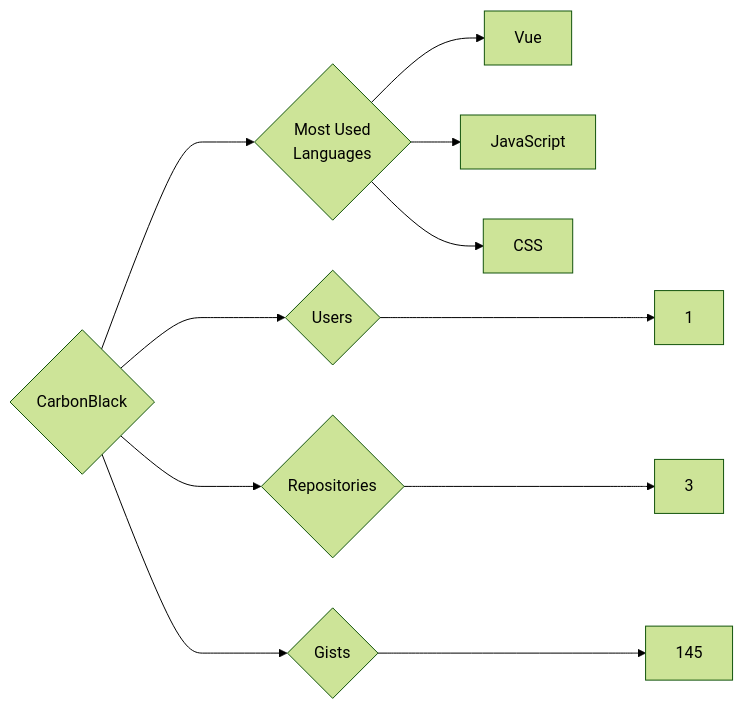
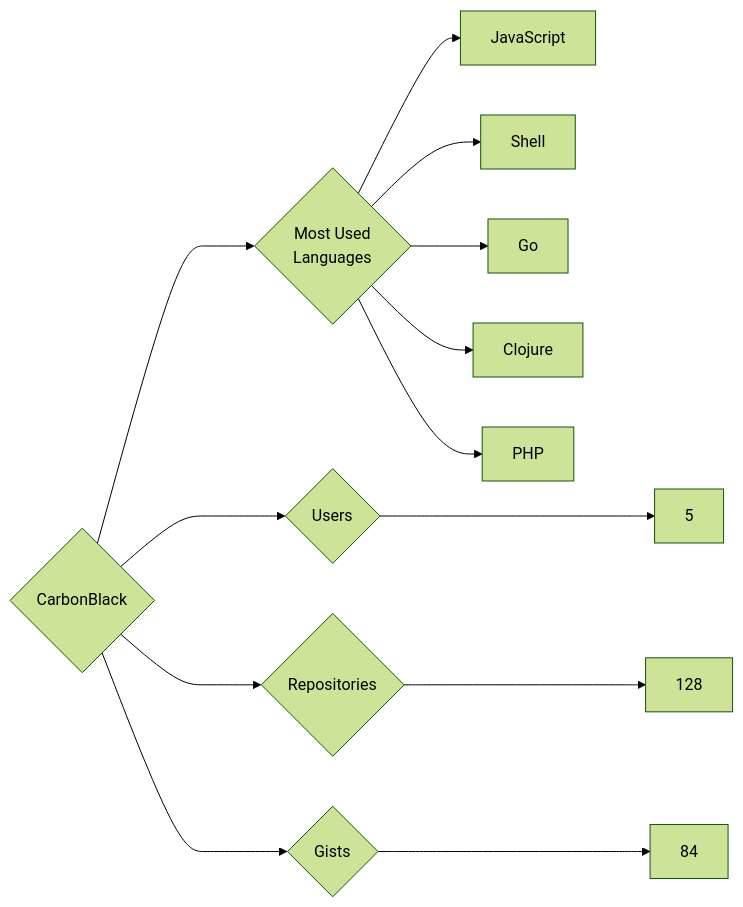
One commit to trickest/insiders changed the diagram in targets/CarbonBlack/README.md. Above: the diagram before and after it, drawn with Mermaid (forest theme). The commit also changed 1003 other files, not shown here.

````diff
--- a/targets/CarbonBlack/README.md
+++ b/targets/CarbonBlack/README.md
@@ -3,11 +3,13 @@
 ```mermaid
 graph LR
 COMPANY_NAME{CarbonBlack}
-COMPANY_NAME ---> U{Users} ---> UN[1]
-COMPANY_NAME ---> R{Repositories} ---> RN[3]
-COMPANY_NAME ---> G{Gists} ---> GN[145]
+COMPANY_NAME ---> U{Users} ---> UN[5]
+COMPANY_NAME ---> R{Repositories} ---> RN[128]
+COMPANY_NAME ---> G{Gists} ---> GN[84]
 COMPANY_NAME ---> ML{Most Used<br>Languages}
-ML --> Vue[Vue]
 ML --> JavaScript[JavaScript]
-ML --> CSS[CSS]
+ML --> Shell[Shell]
+ML --> Go[Go]
+ML --> Clojure[Clojure]
+ML --> PHP[PHP]
 ```
````
